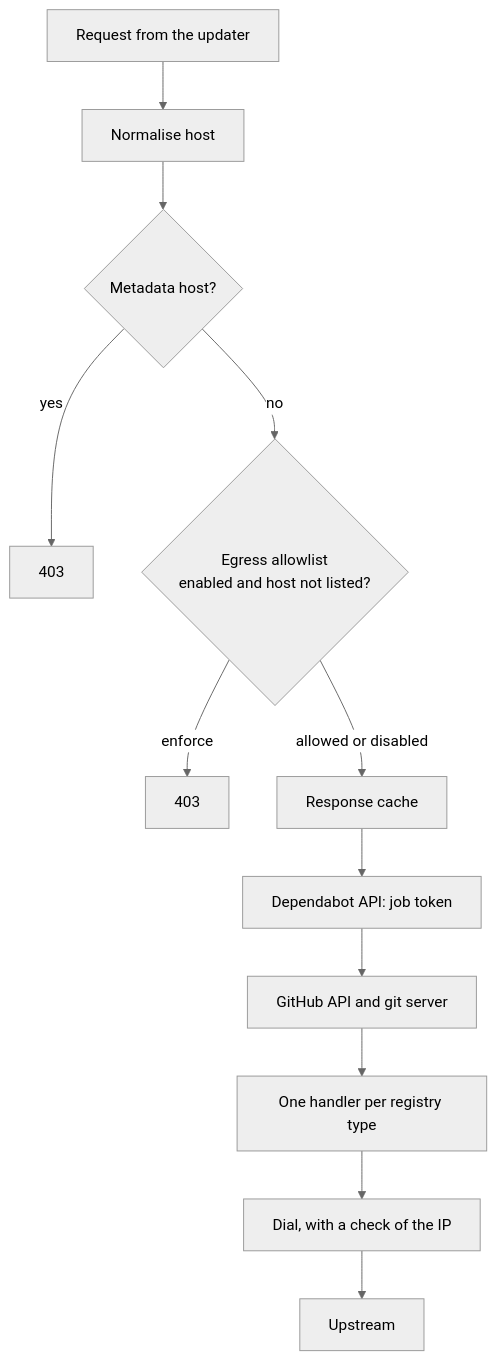
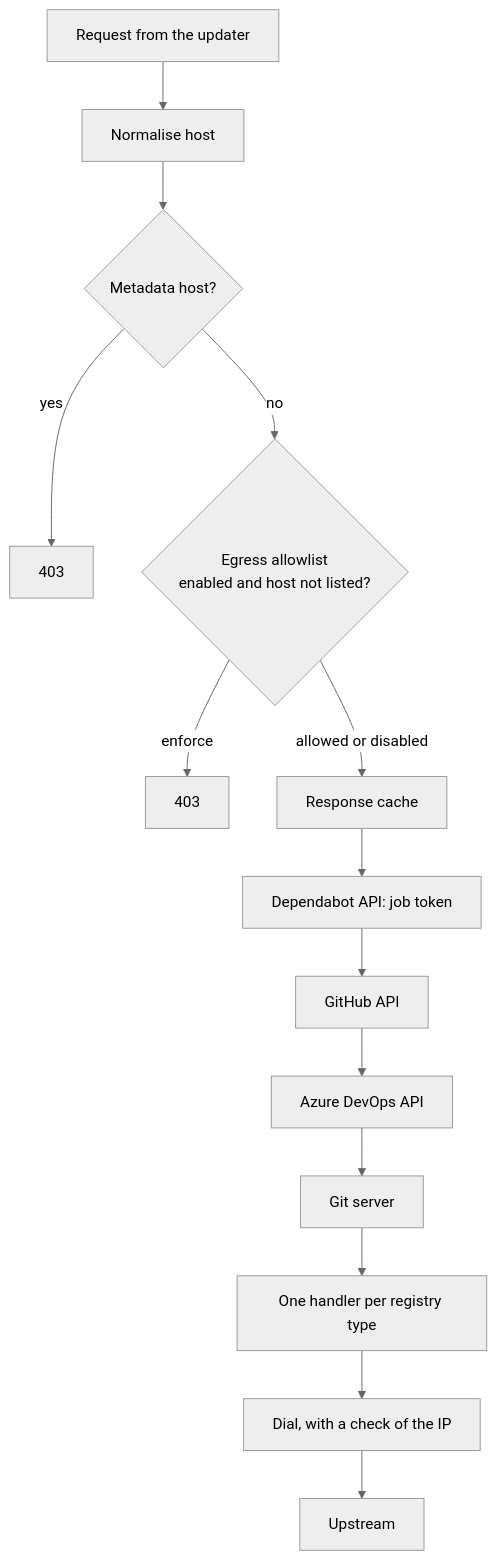
One commit to rya-sge/access-denied changed the diagram in _posts/2026-11-05-dependabot-credential-proxy-isolation.md. Above: the diagram before and after it, drawn with Mermaid (neutral theme). The commit also changed other lines of this file and 57 other files, not shown here.

````diff
--- a/_posts/2026-11-05-dependabot-credential-proxy-isolation.md
+++ b/_posts/2026-11-05-dependabot-credential-proxy-isolation.md
@@ -58,14 +59,16 @@
 ```mermaid
 flowchart TD
     A["Request from the updater"] --> B["Normalise host"]
     B --> C{"Metadata host?"}
     C -->|"yes"| X1["403"]
     C -->|"no"| D{"Egress allowlist<br/>enabled and host not listed?"}
     D -->|"enforce"| X2["403"]
     D -->|"allowed or disabled"| E["Response cache"]
     E --> F["Dependabot API: job token"]
-    F --> G["GitHub API and git server"]
-    G --> H["One handler per registry type"]
+    F --> G["GitHub API"]
+    G --> G2["Azure DevOps API"]
+    G2 --> G3["Git server"]
+    G3 --> H["One handler per registry type"]
     H --> I["Dial, with a check of the IP"]
     I --> J["Upstream"]
 ```
````
